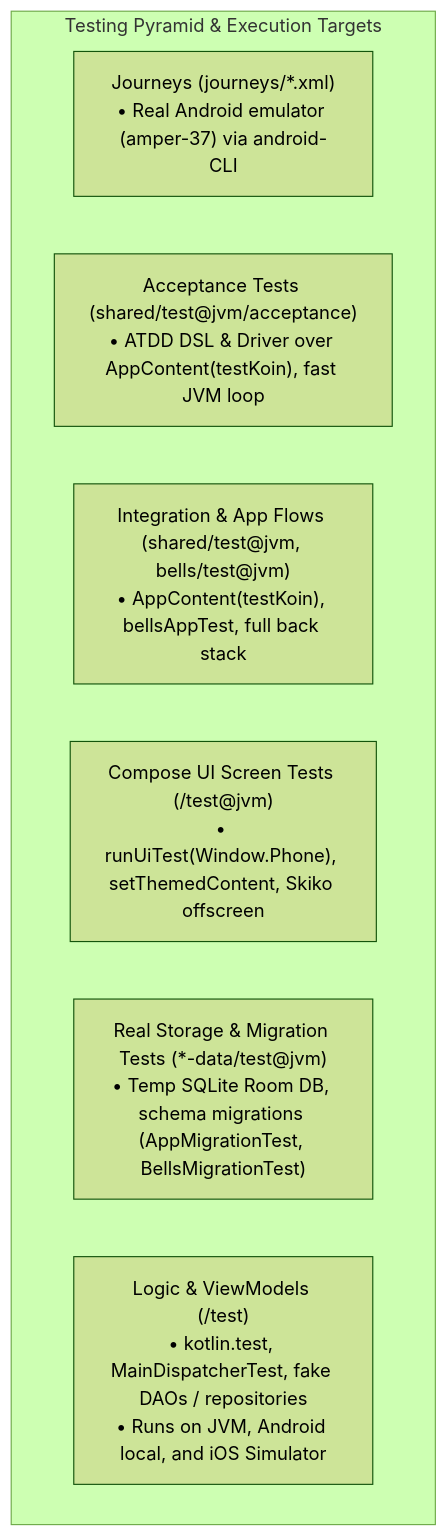
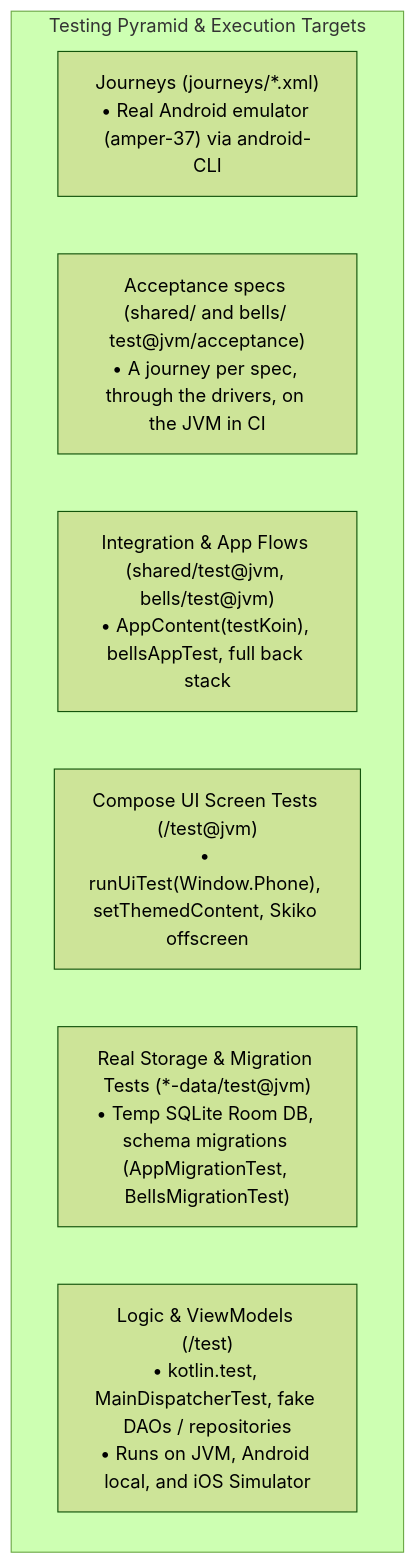
One commit to smithjustinn84-netizen/interval changed the diagram in docs/testing.md. Above: the diagram before and after it, drawn with Mermaid (forest theme). The commit also changed other lines of this file and 21 other files, not shown here.

First line of the commit message:
Testing: acceptance specs for every journey that needs no device, over one app harness

````diff
--- a/docs/testing.md
+++ b/docs/testing.md
@@ -7,11 +7,11 @@
 ```mermaid
 flowchart TD
     subgraph Pyramid ["Testing Pyramid & Execution Targets"]
         E2E["Journeys (journeys/*.xml)<br/>• Real Android emulator (amper-37) via android-CLI"]
-        Acceptance["Acceptance Tests (shared/test@jvm/acceptance)<br/>• ATDD DSL & Driver over AppContent(testKoin), fast JVM loop"]
+        Acceptance["Acceptance specs (shared/ and bells/ test@jvm/acceptance)<br/>• A journey per spec, through the drivers, on the JVM in CI"]
         AppFlows["Integration & App Flows (shared/test@jvm, bells/test@jvm)<br/>• AppContent(testKoin), bellsAppTest, full back stack"]
         ScreenUI["Compose UI Screen Tests (<feature>/test@jvm)<br/>• runUiTest(Window.Phone), setThemedContent, Skiko offscreen"]
         Storage["Real Storage & Migration Tests (*-data/test@jvm)<br/>• Temp SQLite Room DB, schema migrations (AppMigrationTest, BellsMigrationTest)"]
         UnitTests["Logic & ViewModels (<module>/test)<br/>• kotlin.test, MainDispatcherTest, fake DAOs / repositories<br/>• Runs on JVM, Android local, and iOS Simulator"]
     end
 ```
````
